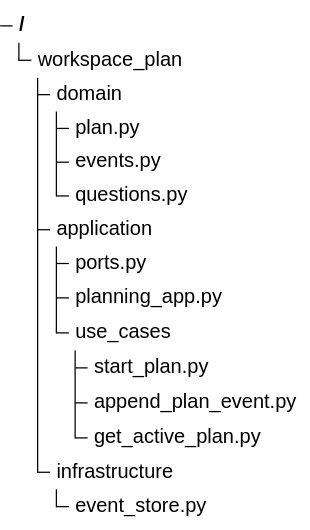
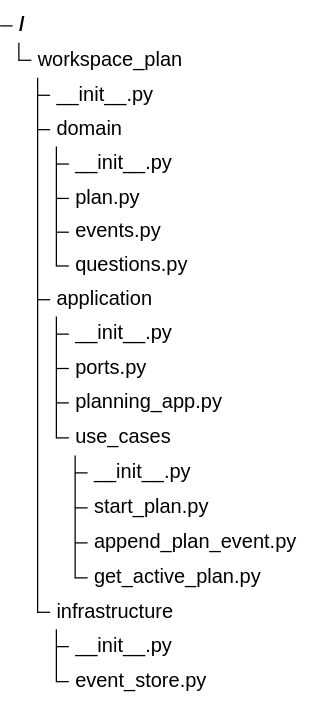
Before and after one commit to 9orky/enclosure: the third of 3 diagrams in .enclosure/plans/planning-workflow/epics/event-sourced-core/SCHEMAS.md, drawn with Mermaid. The commit also changed other lines of this file and 30 other files, not shown here.

````diff
--- a/.enclosure/plans/planning-workflow/epics/event-sourced-core/SCHEMAS.md
+++ b/.enclosure/plans/planning-workflow/epics/event-sourced-core/SCHEMAS.md
@@ -135,19 +152,24 @@
 ```mermaid
 %% contract: files
 %%{init: {"theme": "base", "themeVariables": {"labelColor": "#172033", "lineColor": "#64748b"}}}%%
 treeView-beta
   "workspace_plan"
+    "__init__.py"
     "domain"
+      "__init__.py"
       "plan.py"
       "events.py"
       "questions.py"
     "application"
+      "__init__.py"
       "ports.py"
       "planning_app.py"
       "use_cases"
+        "__init__.py"
         "start_plan.py"
         "append_plan_event.py"
         "get_active_plan.py"
     "infrastructure"
+      "__init__.py"
       "event_store.py"
 ```
````
